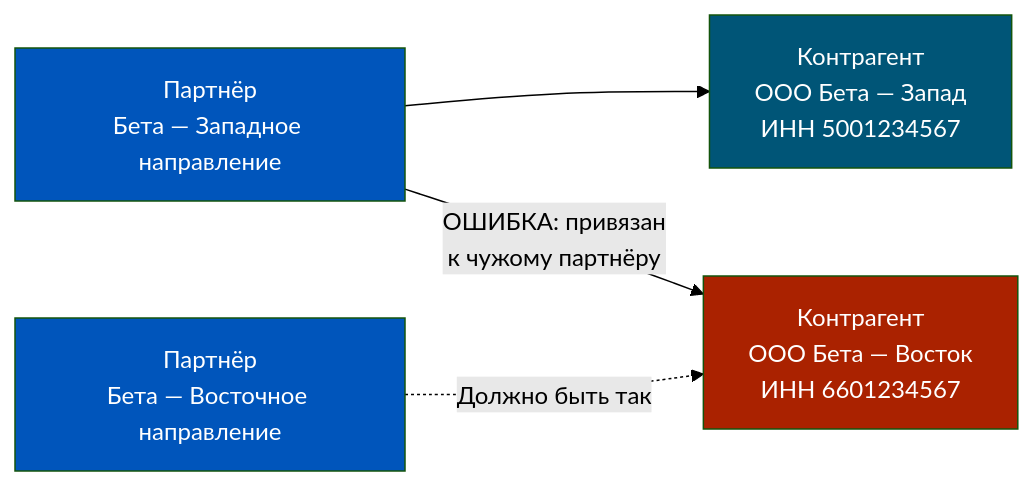
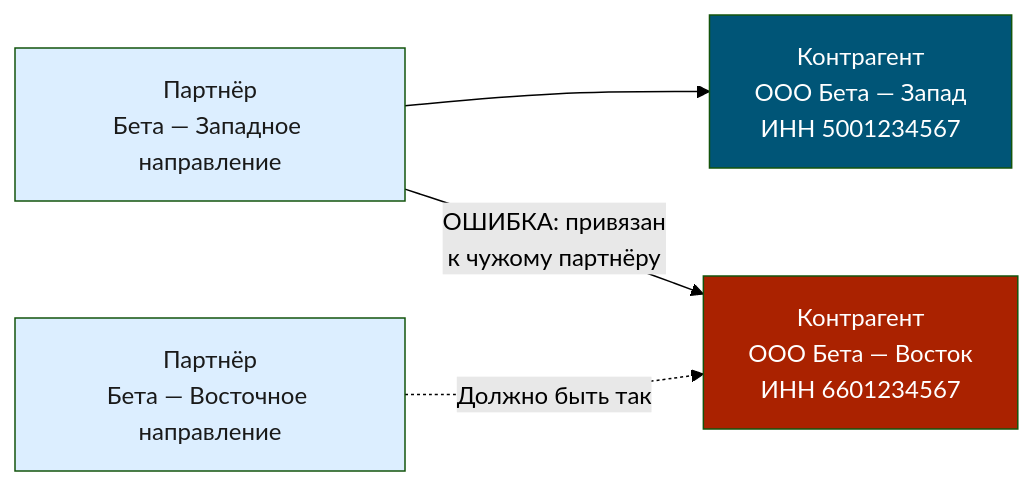
One commit to murad1986/1c-erp-quartz changed the third of 6 diagrams in content/1c-erp/week_2/Неделя 2 - День 3 - Партнёры и контрагенты.md. Above: the diagram before and after it, drawn with Mermaid (forest theme). The commit also changed other lines of this file and 57 other files, not shown here.

First line of the commit message:
fix: Mermaid — пастельные цвета в источниках диаграмм (56 файлов)

````diff
--- a/content/1c-erp/week_2/Неделя 2 - День 3 - Партнёры и контрагенты.md
+++ b/content/1c-erp/week_2/Неделя 2 - День 3 - Партнёры и контрагенты.md
@@ -217,16 +217,16 @@
 ```mermaid
 graph LR
     P1["Партнёр<br/>Бета — Западное направление"]
     P2["Партнёр<br/>Бета — Восточное направление"]
     K1["Контрагент<br/>ООО Бета — Запад<br/>ИНН 5001234567"]
     K2["Контрагент<br/>ООО Бета — Восток<br/>ИНН 6601234567"]
 
     P1 --> K1
     P1 --> |"ОШИБКА: привязан<br/>к чужому партнёру"| K2
     P2 -.-> |"Должно быть так"| K2
 
-    style P1 fill:#0055BB,color:#fff
-    style P2 fill:#0055BB,color:#fff
+    style P1 fill:#dceeff,color:#1a1a1a
+    style P2 fill:#dceeff,color:#1a1a1a
     style K1 fill:#005577,color:#fff
     style K2 fill:#AA2200,color:#fff
 ```
````
